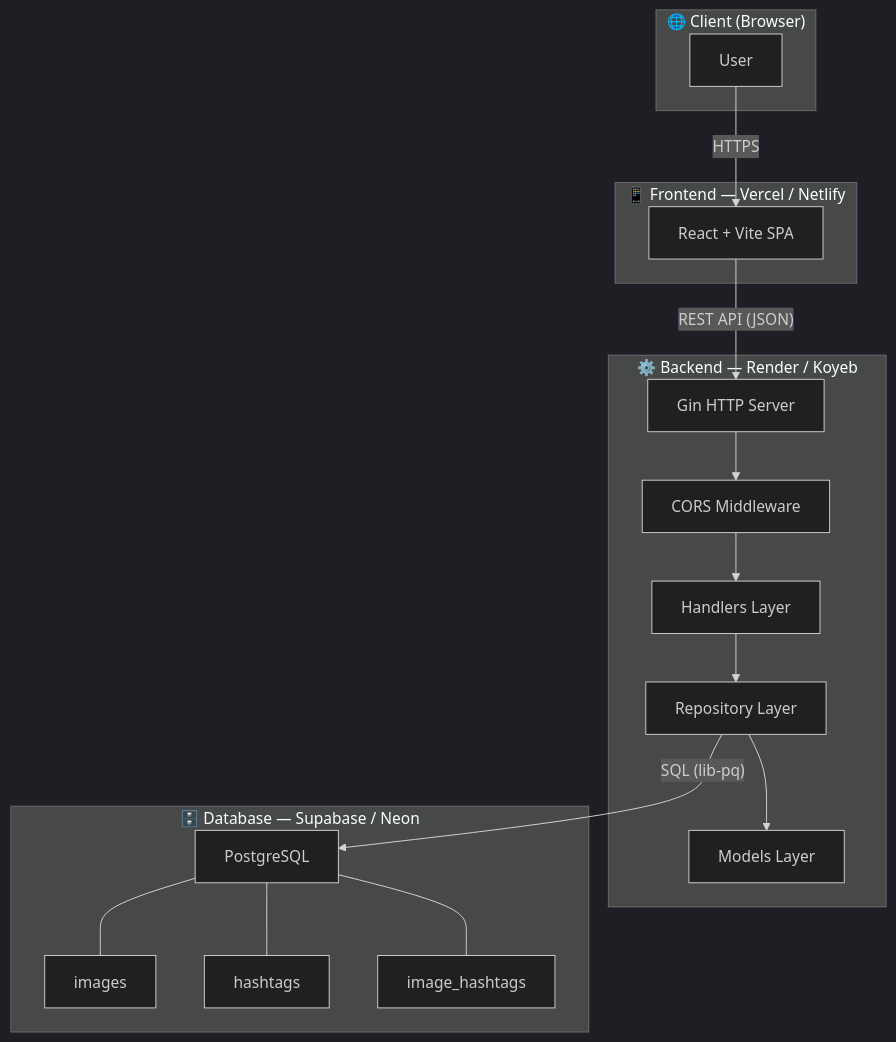
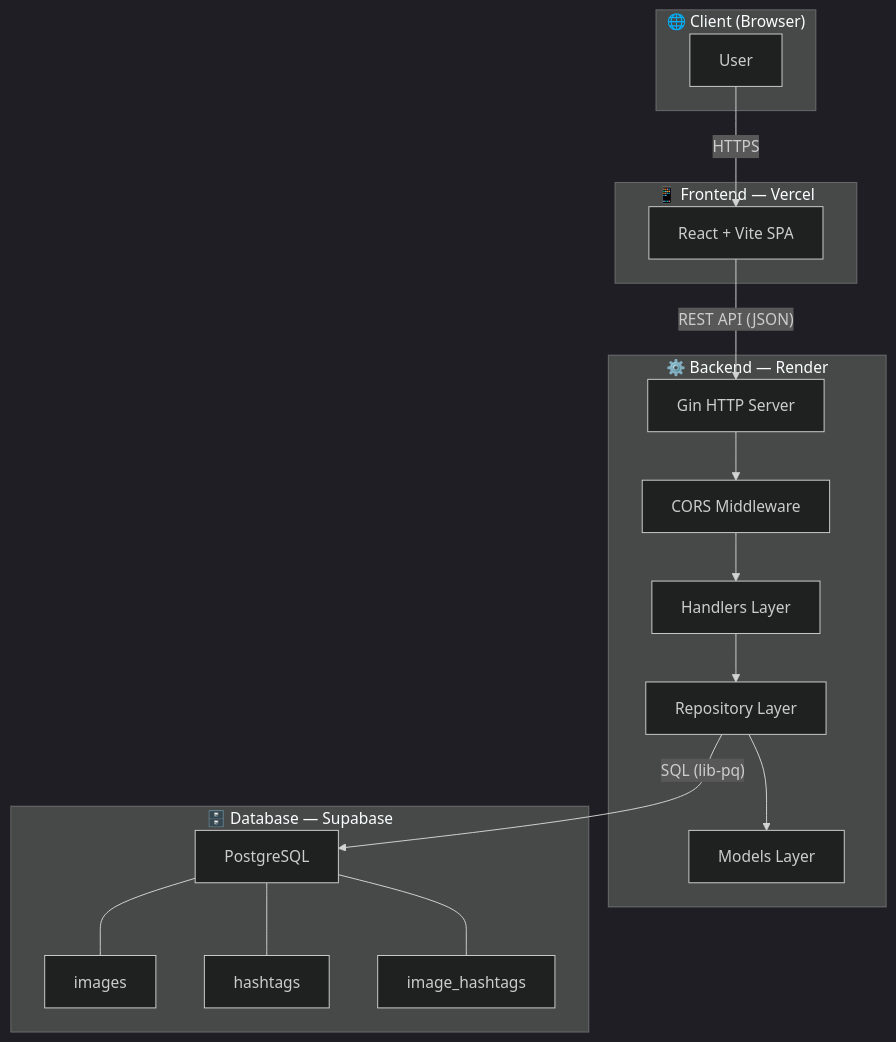
The first of 4 diagrams in README.md (loywizzy/gallery-assessment-api), drawn with Mermaid (dark theme) before and after one commit. The commit also changed other lines of this file and 1 other file, not shown here.

````diff
--- a/README.md
+++ b/README.md
@@ -7,36 +7,36 @@
 ```mermaid
 graph TB
     subgraph Client["🌐 Client (Browser)"]
         USER["User"]
     end
 
-    subgraph Frontend["📱 Frontend — Vercel / Netlify"]
+    subgraph Frontend["📱 Frontend — Vercel"]
         REACT["React + Vite SPA"]
     end
 
-    subgraph Backend["⚙️ Backend — Render / Koyeb"]
+    subgraph Backend["⚙️ Backend — Render"]
         GIN["Gin HTTP Server"]
         CORS["CORS Middleware"]
         HANDLER["Handlers Layer"]
         REPO["Repository Layer"]
         MODEL["Models Layer"]
     end
 
-    subgraph Database["🗄️ Database — Supabase / Neon"]
+    subgraph Database["🗄️ Database — Supabase"]
         PG["PostgreSQL"]
         IMG_TBL["images"]
         TAG_TBL["hashtags"]
         JCT_TBL["image_hashtags"]
     end
 
     USER -->|"HTTPS"| REACT
     REACT -->|"REST API (JSON)"| GIN
     GIN --> CORS
     CORS --> HANDLER
     HANDLER --> REPO
     REPO --> MODEL
     REPO -->|"SQL (lib-pq)"| PG
     PG --- IMG_TBL
     PG --- TAG_TBL
     PG --- JCT_TBL
 ```
````
